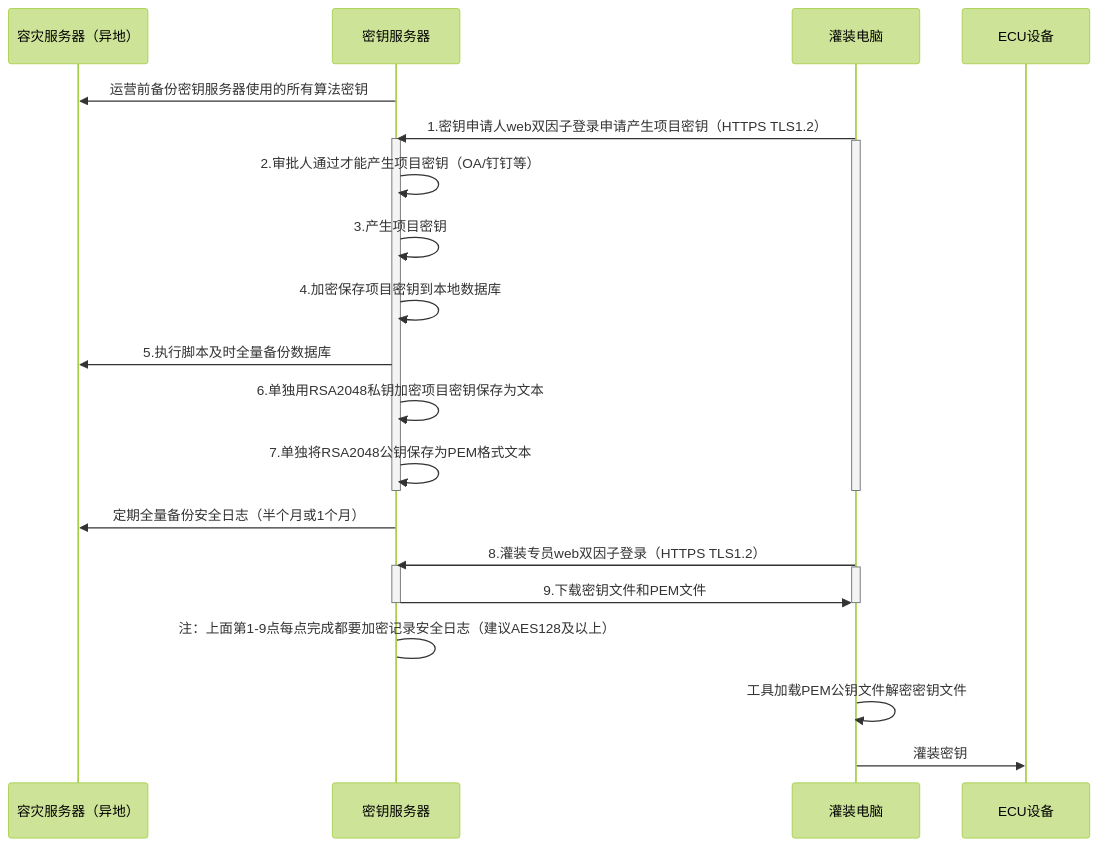
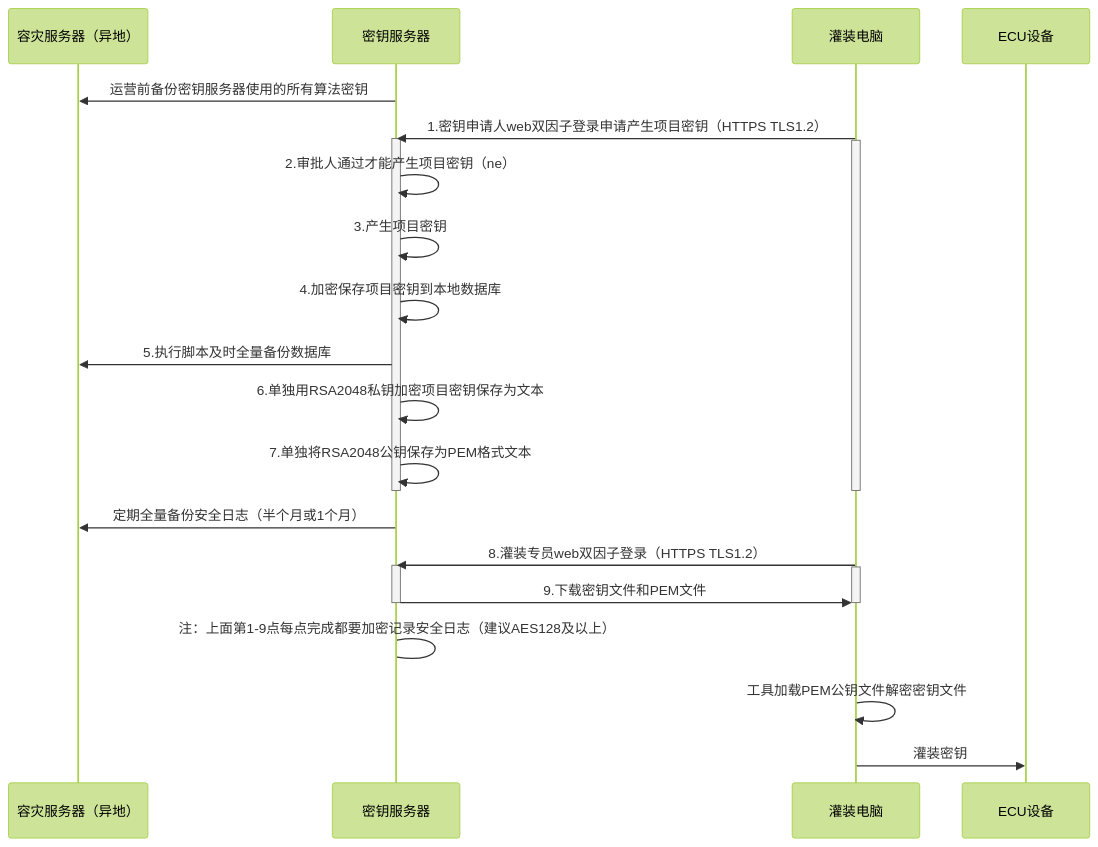
One commit to facebook-cloud/iodraw-files changed the diagram in all/未命名-15.md. Above: the diagram before and after it, drawn with Mermaid (forest theme).

Commit message:
2026-02-12 20:00:02 update

````diff
--- a/all/未命名-15.md
+++ b/all/未命名-15.md
@@ -1,34 +1,34 @@
 ```mermaid
 sequenceDiagram
     participant A as 容灾服务器（异地）
     participant B as 密钥服务器
     participant D as 灌装电脑
     participant E as ECU设备
 
     B->>A: 运营前备份密钥服务器使用的所有算法密钥
     D->>B: 1.密钥申请人web双因子登录申请产生项目密钥（HTTPS TLS1.2）
     activate B
     activate D
-    B->>B: 2.审批人通过才能产生项目密钥（OA/钉钉等）
+    B->>B: 2.审批人通过才能产生项目密钥（ne）
     B->>B: 3.产生项目密钥
     B->>B: 4.加密保存项目密钥到本地数据库
     B->>A: 5.执行脚本及时全量备份数据库
     B->>B: 6.单独用RSA2048私钥加密项目密钥保存为文本
     B->>B: 7.单独将RSA2048公钥保存为PEM格式文本
     deactivate B
     deactivate D
 
     B->>A: 定期全量备份安全日志（半个月或1个月）
     
     D->>B: 8.灌装专员web双因子登录（HTTPS TLS1.2）
     activate B
     activate D
     B->>D: 9.下载密钥文件和PEM文件
     deactivate B
     deactivate D
     B->B: 注：上面第1-9点每点完成都要加密记录安全日志（建议AES128及以上）
 
     D->>D:工具加载PEM公钥文件解密密钥文件
     
     D->>E: 灌装密钥
 ```
````
